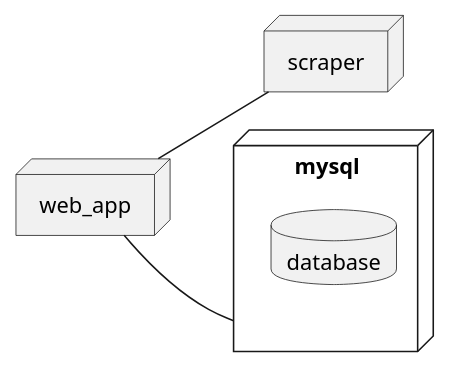
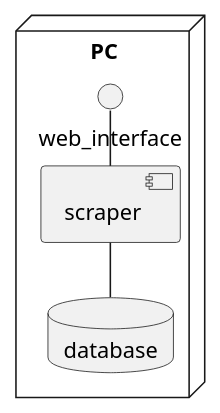
Before and after one commit to Igor-Sikorsky-IST-Hub/SDT_2022: the diagram in IA-01/Antoniuk_Stepan/coursework/architecture/deployment.wsd, drawn with PlantUML.

Commit message:
Fix deployment diagram

```diff
--- a/IA-01/Antoniuk_Stepan/coursework/architecture/deployment.wsd
+++ b/IA-01/Antoniuk_Stepan/coursework/architecture/deployment.wsd
@@ -1,15 +1,16 @@
 @startuml deployment
 left to right direction
 
-node mysql {
-  database database
+node PC{
+
+interface web_interface
+component scraper
+database database
+
+scraper - web_interface
+database - scraper
+
 }
 
-node scraper
-
-node web_app
-
-web_app -- scraper
-web_app -- mysql
 
 @enduml
```
